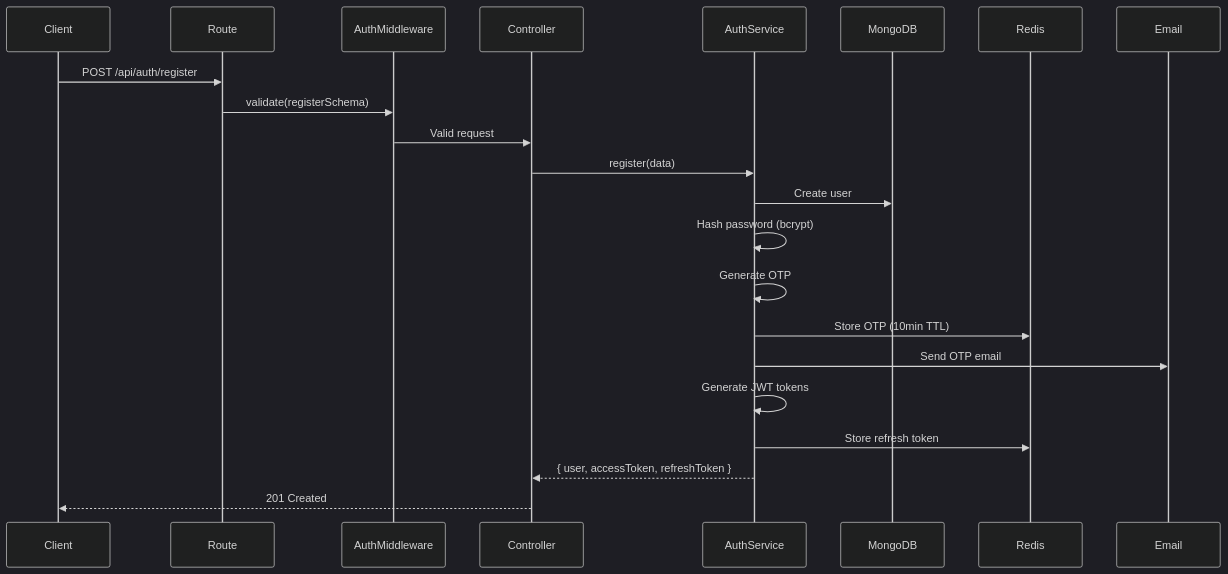
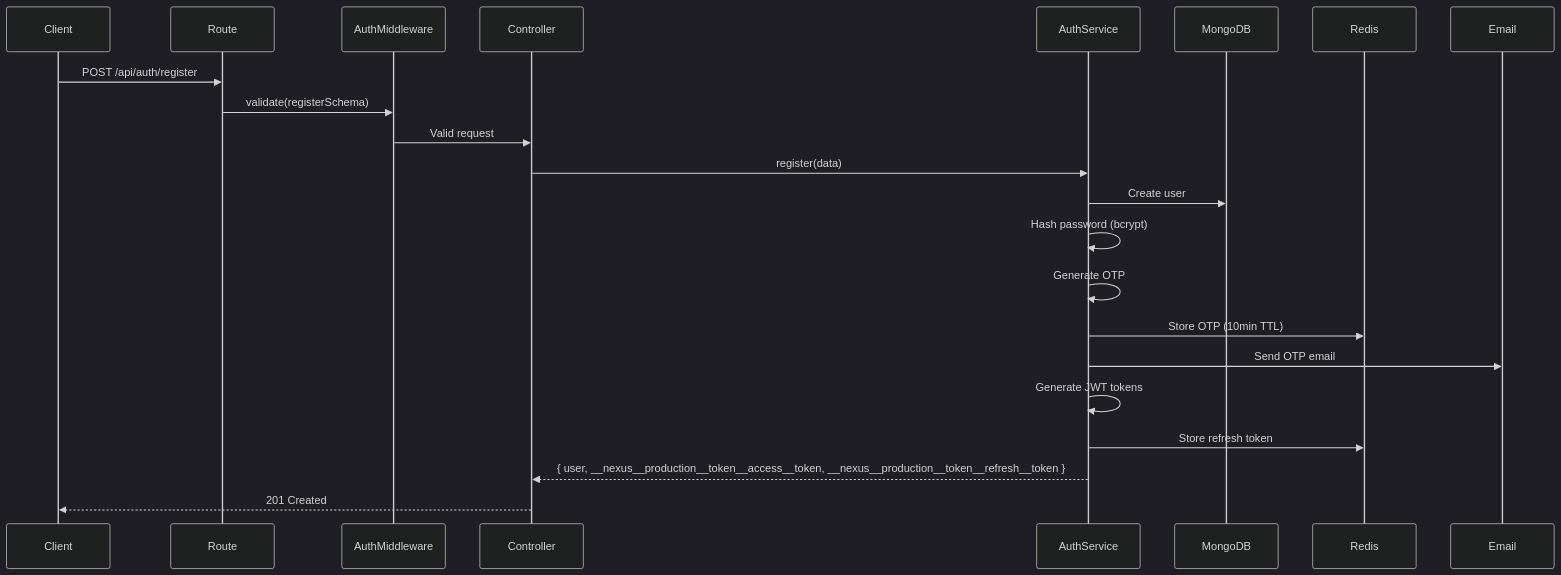
Before and after one commit to shahadot786/fullstack-master-repo: the third of 11 diagrams in docs/ARCHITECTURE.md, drawn with Mermaid (dark theme). The commit also changed other lines of this file and 16 other files, not shown here.

````diff
--- a/docs/ARCHITECTURE.md
+++ b/docs/ARCHITECTURE.md
@@ -161,25 +161,25 @@
 ```mermaid
 sequenceDiagram
     participant Client
     participant Route
     participant AuthMiddleware
     participant Controller
     participant AuthService
     participant MongoDB
     participant Redis
     participant Email
 
     Client->>Route: POST /api/auth/register
     Route->>AuthMiddleware: validate(registerSchema)
     AuthMiddleware->>Controller: Valid request
     Controller->>AuthService: register(data)
     AuthService->>MongoDB: Create user
     AuthService->>AuthService: Hash password (bcrypt)
     AuthService->>AuthService: Generate OTP
     AuthService->>Redis: Store OTP (10min TTL)
     AuthService->>Email: Send OTP email
     AuthService->>AuthService: Generate JWT tokens
     AuthService->>Redis: Store refresh token
-    AuthService-->>Controller: { user, accessToken, refreshToken }
+    AuthService-->>Controller: { user, __nexus__production__token__access__token, __nexus__production__token__refresh__token }
     Controller-->>Client: 201 Created
 ```
````
